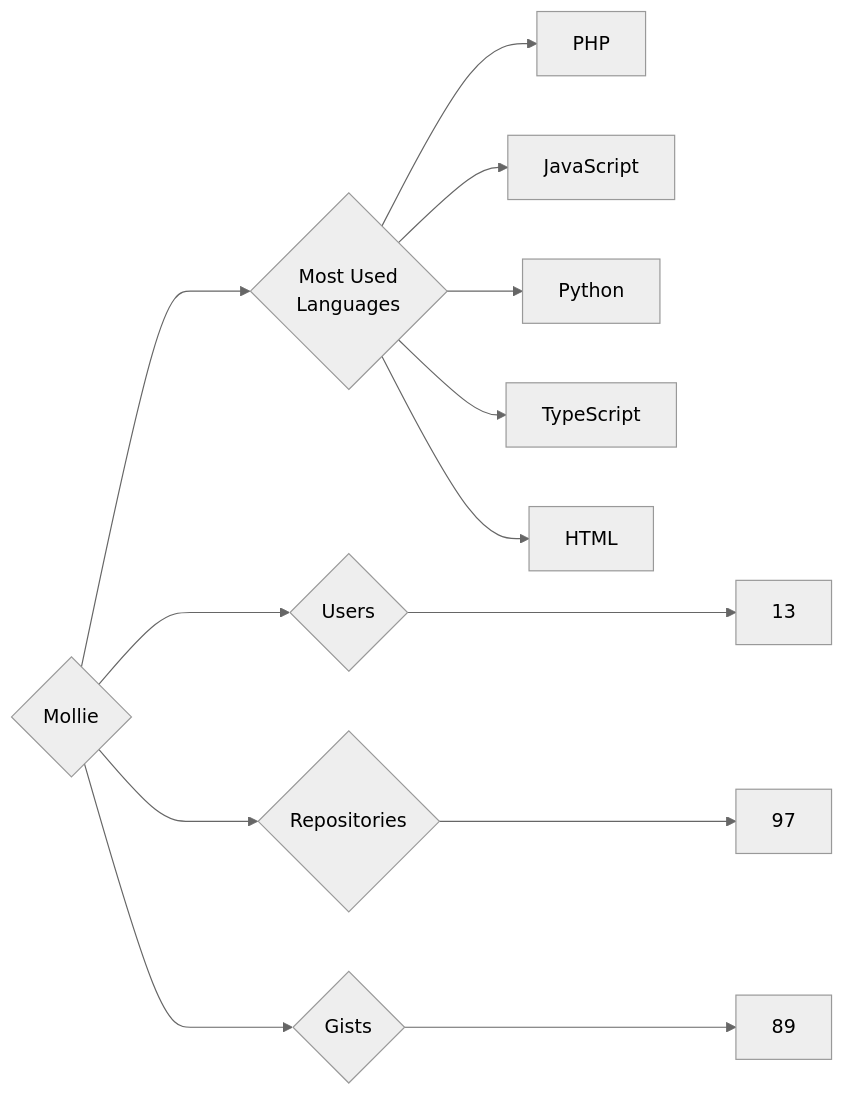
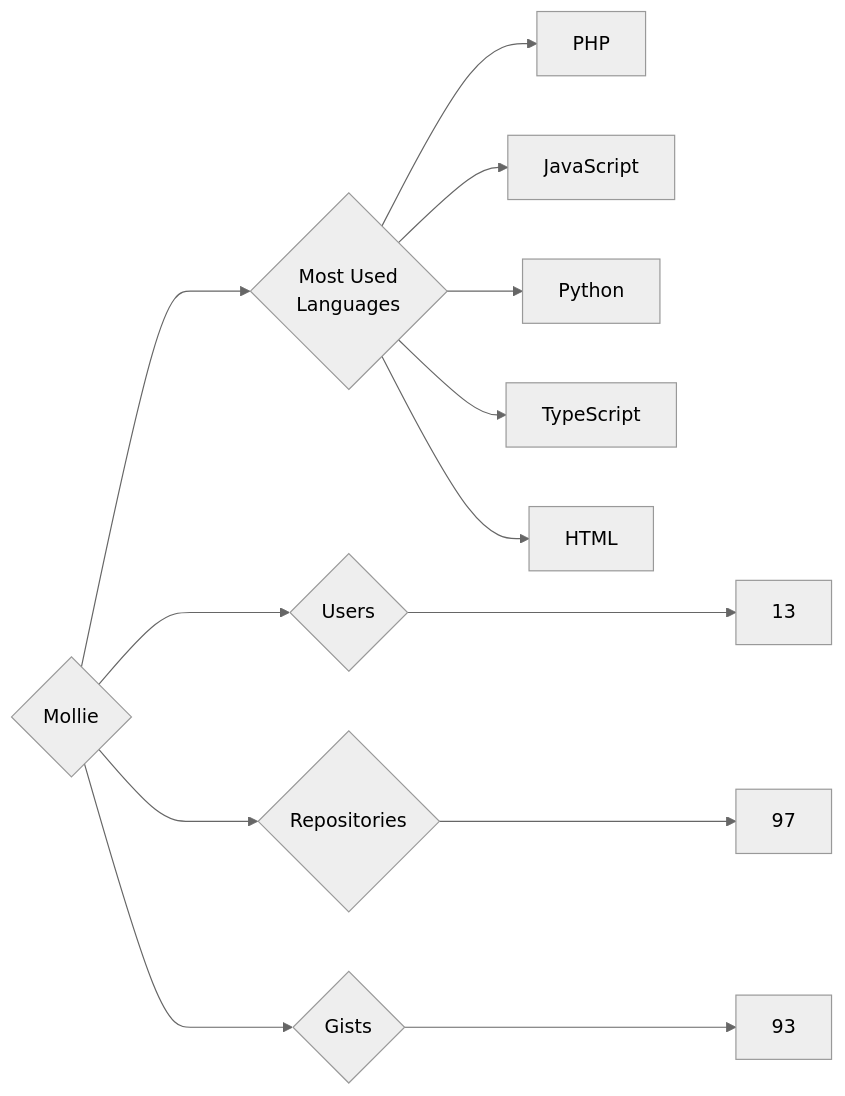
Before and after one commit to trickest/insiders: the diagram in targets/Mollie/README.md, drawn with Mermaid (neutral theme). The commit also changed 976 other files, not shown here.

````diff
--- a/targets/Mollie/README.md
+++ b/targets/Mollie/README.md
@@ -3,13 +3,13 @@
 ```mermaid
 graph LR
 COMPANY_NAME{Mollie}
 COMPANY_NAME ---> U{Users} ---> UN[13]
 COMPANY_NAME ---> R{Repositories} ---> RN[97]
-COMPANY_NAME ---> G{Gists} ---> GN[89]
+COMPANY_NAME ---> G{Gists} ---> GN[93]
 COMPANY_NAME ---> ML{Most Used<br>Languages}
 ML --> PHP[PHP]
 ML --> JavaScript[JavaScript]
 ML --> Python[Python]
 ML --> TypeScript[TypeScript]
 ML --> HTML[HTML]
 ```
````
